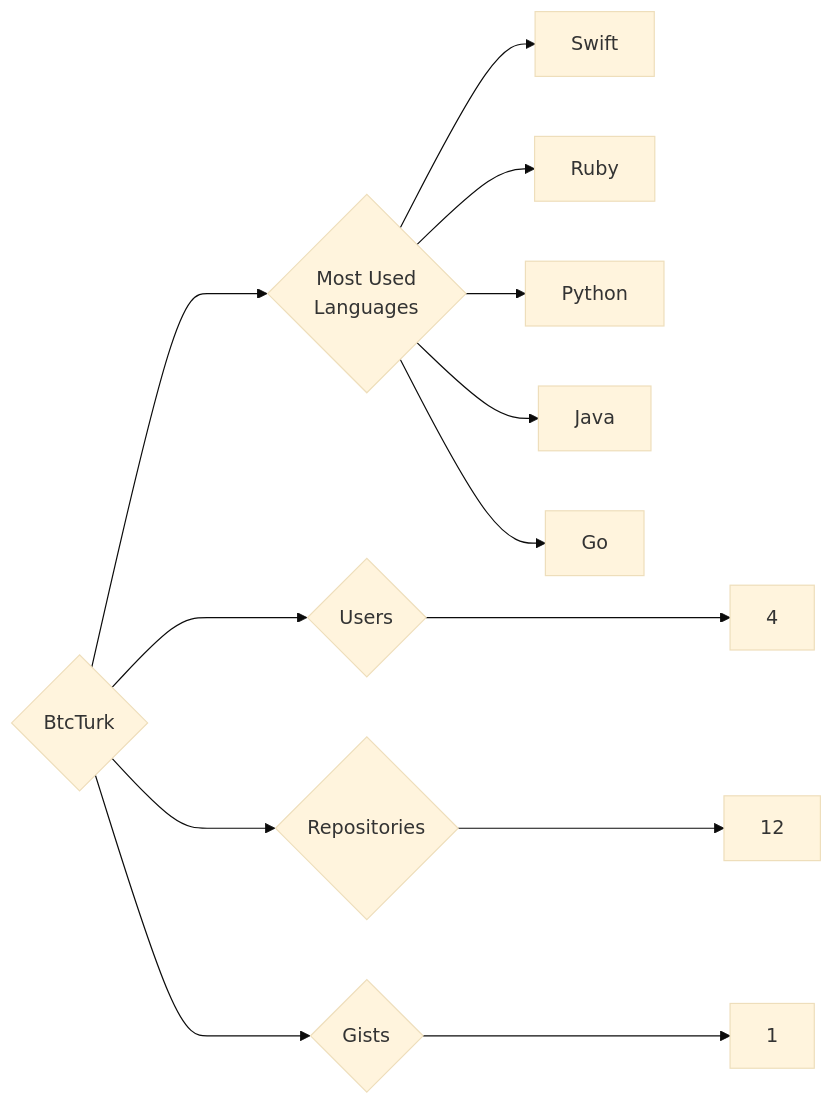
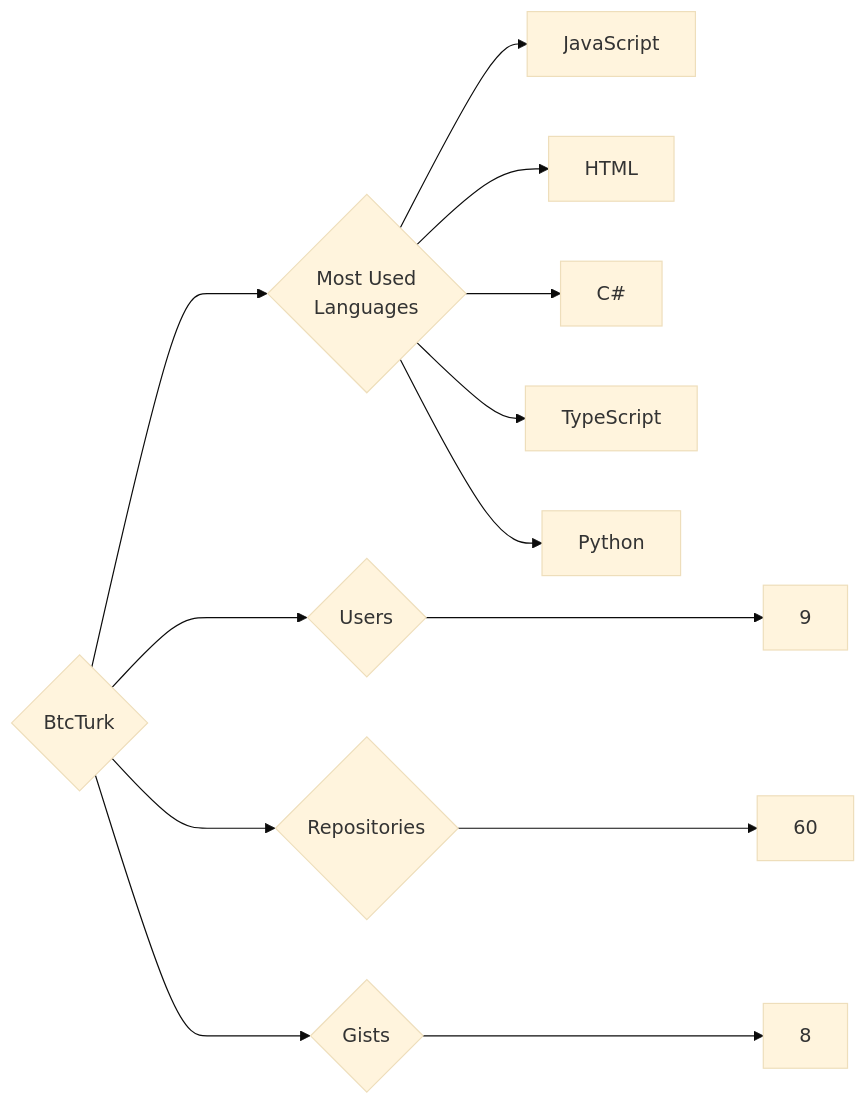
The diagram in targets/BtcTurk/README.md (trickest/insiders), drawn with Mermaid (base theme) before and after one commit. The commit also changed 1314 other files, not shown here.

````diff
--- a/targets/BtcTurk/README.md
+++ b/targets/BtcTurk/README.md
@@ -3,13 +3,13 @@
 ```mermaid
 graph LR
 COMPANY_NAME{BtcTurk}
-COMPANY_NAME ---> U{Users} ---> UN[4]
-COMPANY_NAME ---> R{Repositories} ---> RN[12]
-COMPANY_NAME ---> G{Gists} ---> GN[1]
+COMPANY_NAME ---> U{Users} ---> UN[9]
+COMPANY_NAME ---> R{Repositories} ---> RN[60]
+COMPANY_NAME ---> G{Gists} ---> GN[8]
 COMPANY_NAME ---> ML{Most Used<br>Languages}
-ML --> Swift[Swift]
-ML --> Ruby[Ruby]
+ML --> JavaScript[JavaScript]
+ML --> HTML[HTML]
+ML --> C#[C#]
+ML --> TypeScript[TypeScript]
 ML --> Python[Python]
-ML --> Java[Java]
-ML --> Go[Go]
 ```
````
